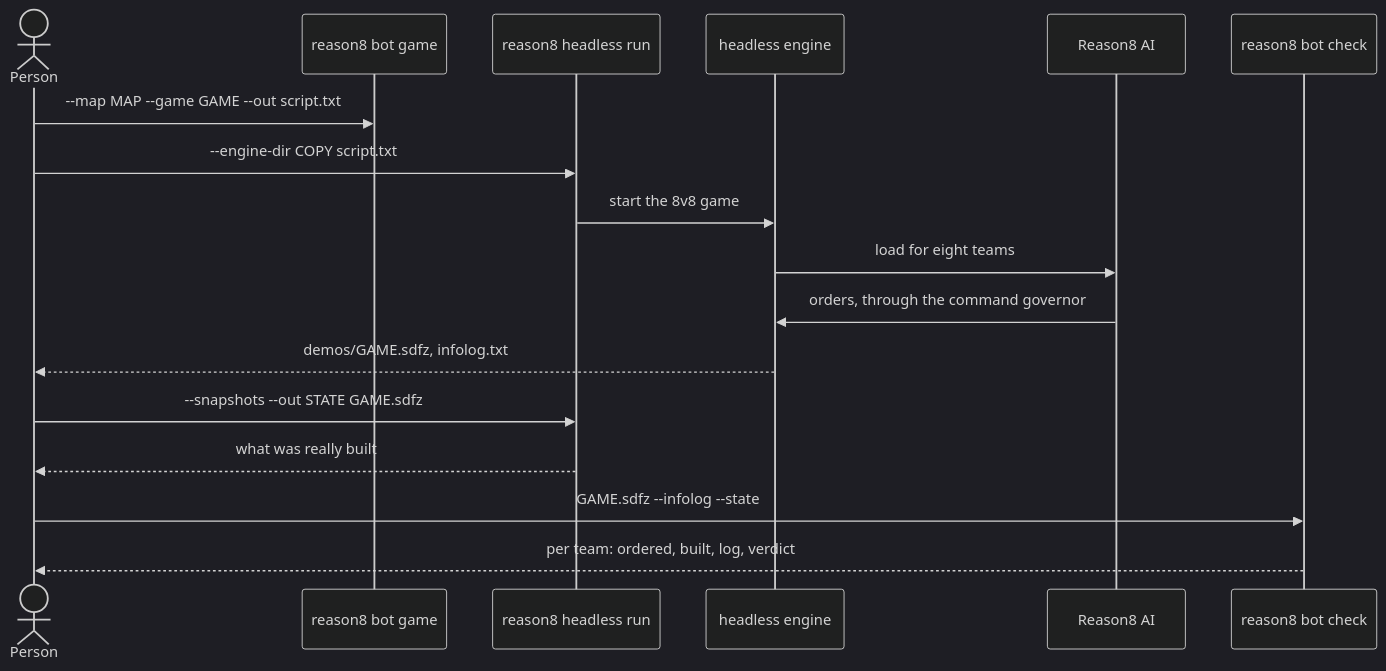
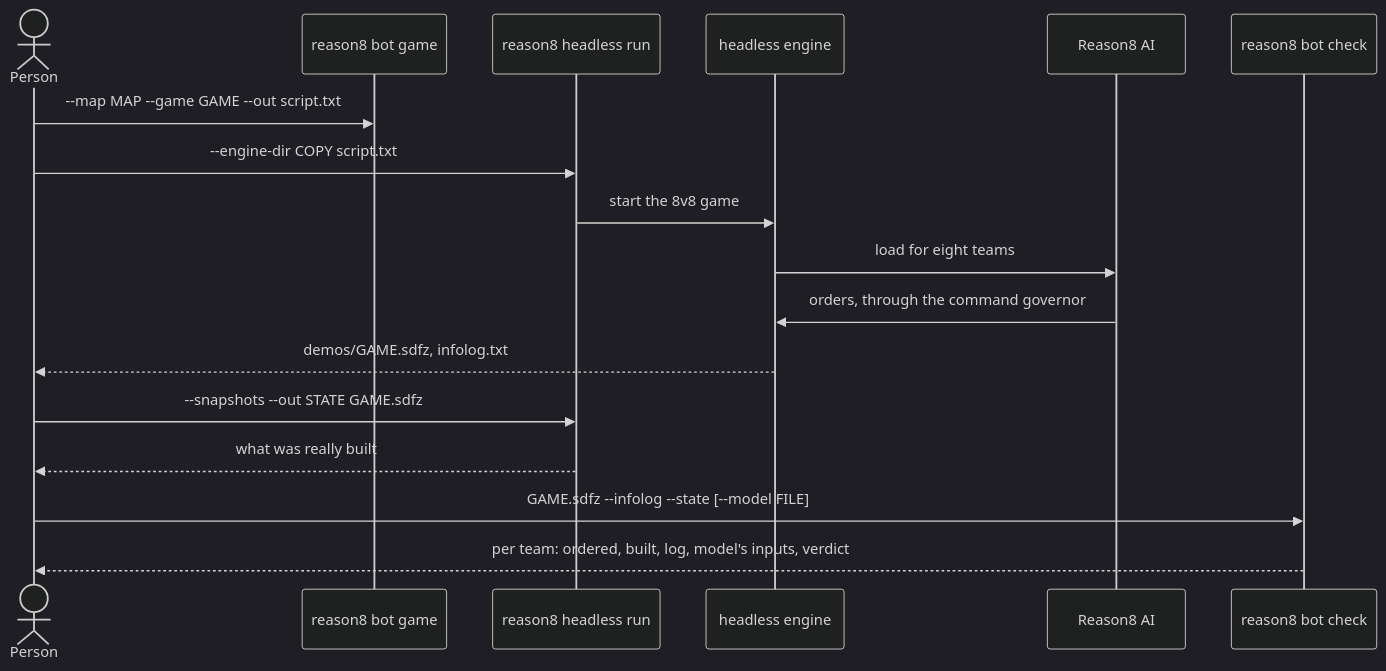
One commit to nineinchnick/reason8 changed the eighth of 10 diagrams in docs/reference/workflows.md. Above: the diagram before and after it, drawn with Mermaid (dark theme). The commit also changed other lines of this file and 3 other files, not shown here.

First line of the commit message:
Document the learned builder model in the game

````diff
--- a/docs/reference/workflows.md
+++ b/docs/reference/workflows.md
@@ -358,19 +369,19 @@
 ```mermaid
 sequenceDiagram
     actor Person
     participant Game as reason8 bot game
     participant Run as reason8 headless run
     participant Engine as headless engine
     participant AI as Reason8 AI
     participant Check as reason8 bot check
     Person->>Game: --map MAP --game GAME --out script.txt
     Person->>Run: --engine-dir COPY script.txt
     Run->>Engine: start the 8v8 game
     Engine->>AI: load for eight teams
     AI->>Engine: orders, through the command governor
     Engine-->>Person: demos/GAME.sdfz, infolog.txt
     Person->>Run: --snapshots --out STATE GAME.sdfz
     Run-->>Person: what was really built
-    Person->>Check: GAME.sdfz --infolog --state
-    Check-->>Person: per team: ordered, built, log, verdict
+    Person->>Check: GAME.sdfz --infolog --state [--model FILE]
+    Check-->>Person: per team: ordered, built, log, model's inputs, verdict
 ```
````
